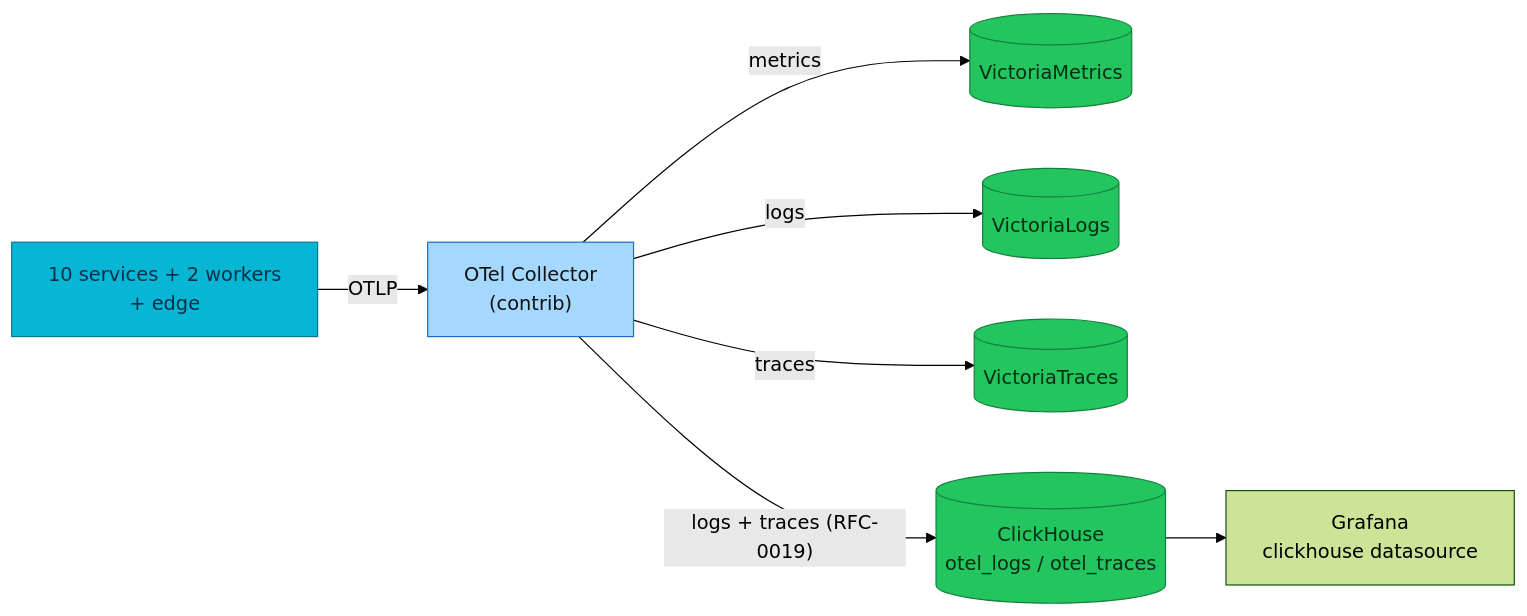
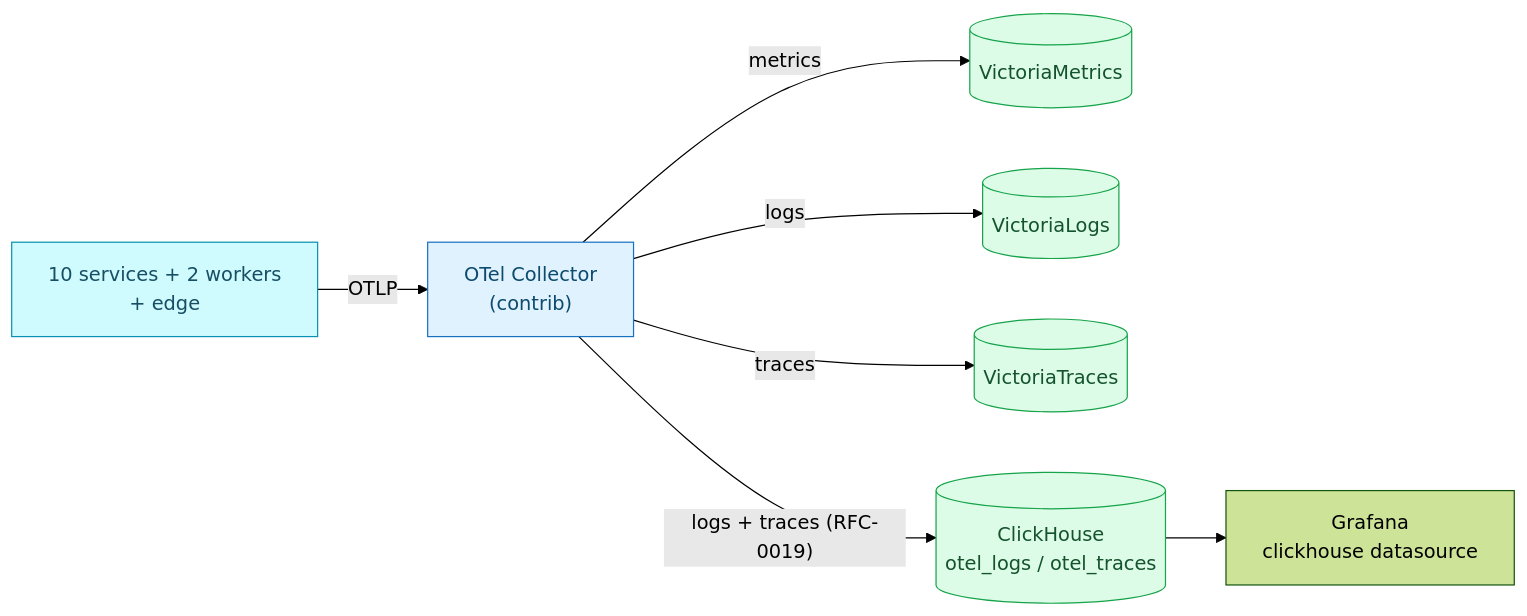
One commit to duynhlab/homelab changed the diagram in docs/observability/clickhouse/README.md. Above: the diagram before and after it, drawn with Mermaid (forest theme). The commit also changed 174 other files, not shown here.

First line of the commit message:
Soft-tint diagram palette, a signal-flow diagram, a Linux-ready Draw.io skill

````diff
--- a/docs/observability/clickhouse/README.md
+++ b/docs/observability/clickhouse/README.md
@@ -117,16 +117,16 @@
 ```mermaid
 flowchart LR
   Apps["10 services + 2 workers<br/>+ edge"] -->|OTLP| Col["OTel Collector<br/>(contrib)"]
   Col -->|metrics| VM[("VictoriaMetrics")]
   Col -->|logs| VL[("VictoriaLogs")]
   Col -->|traces| VT[("VictoriaTraces")]
   Col -->|"logs + traces (RFC-0019)"| CH[("ClickHouse<br/>otel_logs / otel_traces")]
   CH --> Graf["Grafana<br/>clickhouse datasource"]
 
-  classDef service fill:#06b6d4,color:#082f49,stroke:#0e7490;
-  classDef data fill:#22c55e,color:#052e16,stroke:#15803d;
-  classDef collector fill:#a5d8ff,color:#111,stroke:#1971c2;
+  classDef service fill:#cffafe,color:#164e63,stroke:#0891b2;
+  classDef data fill:#dcfce7,color:#14532d,stroke:#16a34a;
+  classDef collector fill:#e0f2fe,color:#0c4a6e,stroke:#1971c2;
   class Apps service;
   class Col collector;
   class VM,VL,VT,CH data;
 ```
````
